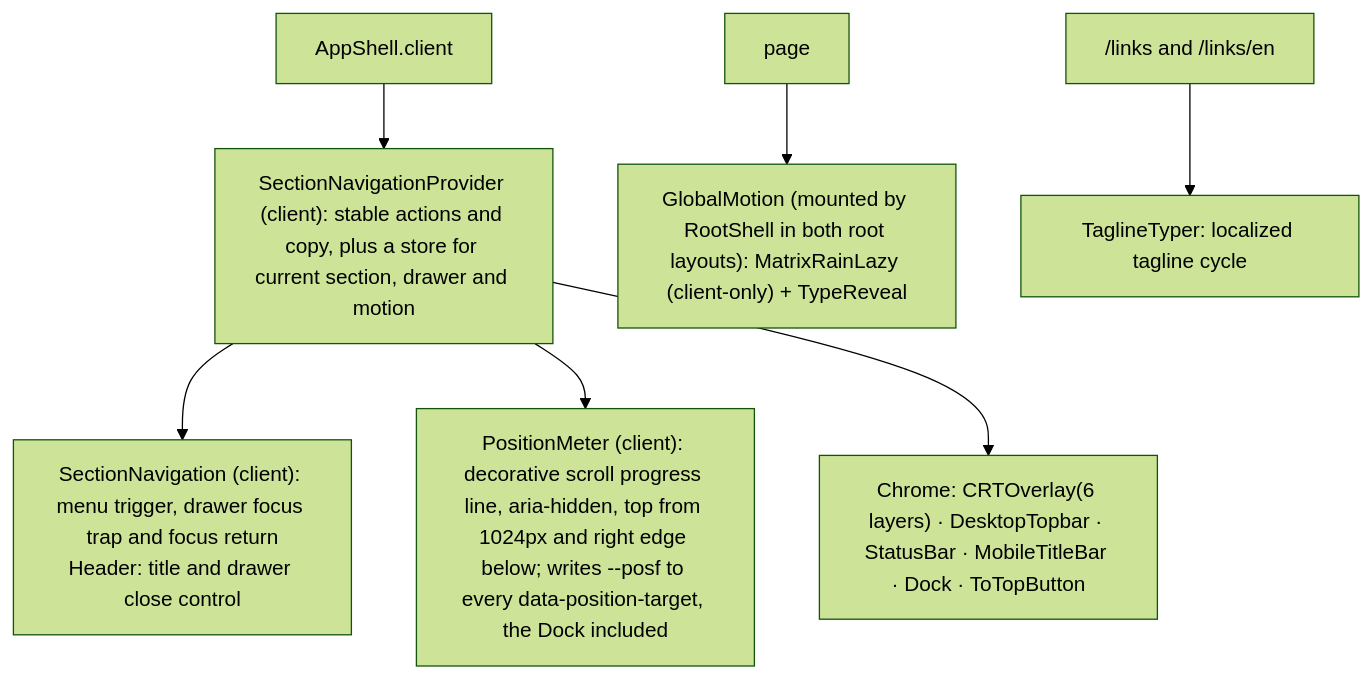
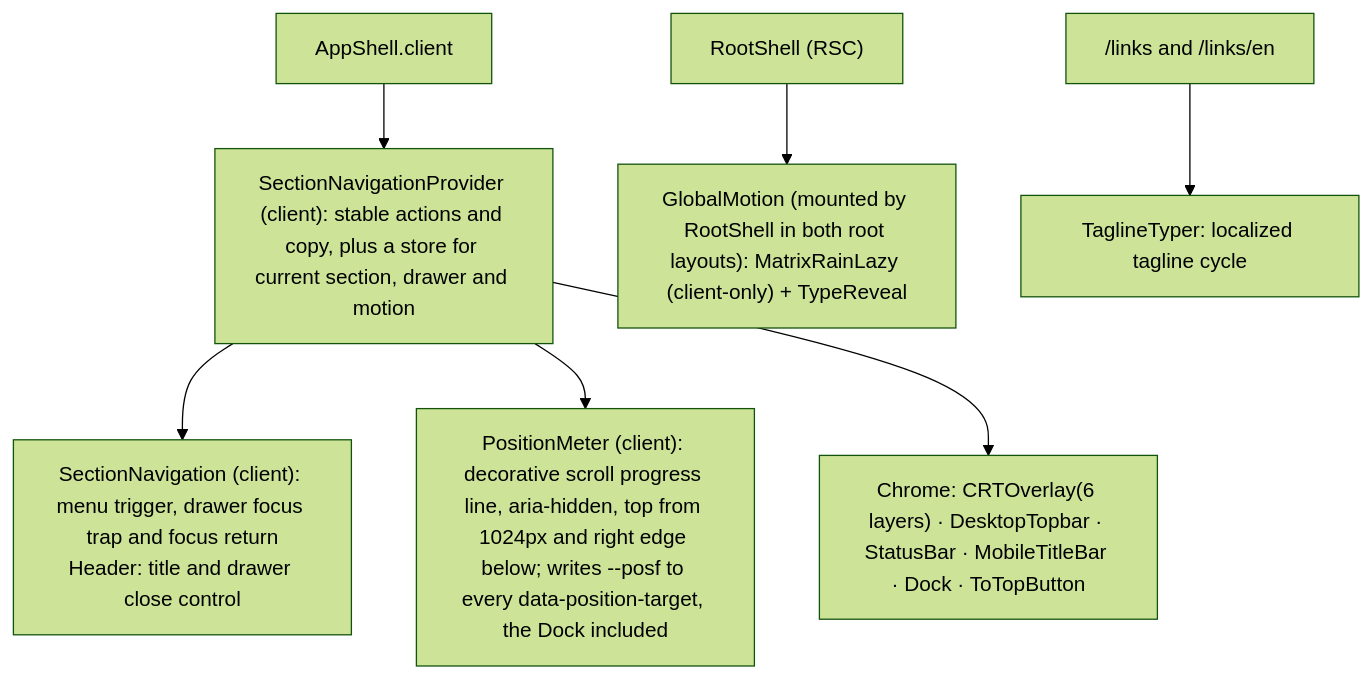
Before and after one commit to erikunha/portfolio: the second of 5 diagrams in docs/04-components-and-state.md, drawn with Mermaid (forest theme). The commit also changed other lines of this file and 9 other files, not shown here.

First line of the commit message:
docs(architecture): correct mixer fallback, forget route, file tree and defined terms

````diff
--- a/docs/04-components-and-state.md
+++ b/docs/04-components-and-state.md
@@ -68,9 +68,9 @@
 ```mermaid
 flowchart TD
     shell["AppShell.client"] --> navigation["SectionNavigationProvider (client): stable actions and copy, plus a store for current section, drawer and motion"]
     navigation --> rail["SectionNavigation (client): menu trigger, drawer focus trap and focus return<br/>Header: title and drawer close control"]
     navigation --> position["PositionMeter (client): decorative scroll progress line, aria-hidden, top from 1024px and right edge below; writes --posf to every data-position-target, the Dock included"]
     navigation --> chrome["Chrome: CRTOverlay(6 layers) · DesktopTopbar · StatusBar · MobileTitleBar · Dock · ToTopButton"]
-    page --> gm["GlobalMotion (mounted by RootShell in both root layouts): MatrixRainLazy (client-only) + TypeReveal"]
+    rootshell["RootShell (RSC)"] --> gm["GlobalMotion (mounted by RootShell in both root layouts): MatrixRainLazy (client-only) + TypeReveal"]
     links["/links and /links/en"] --> tagline["TaglineTyper: localized tagline cycle"]
 ```
````
